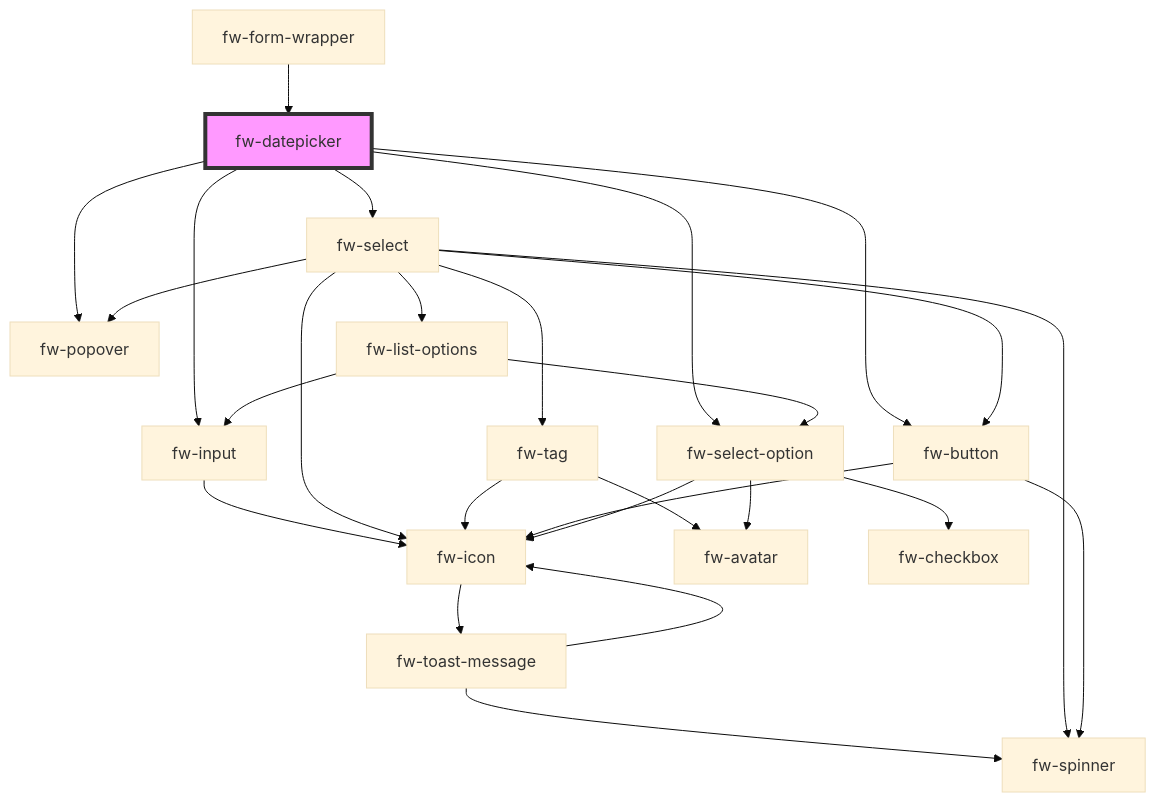
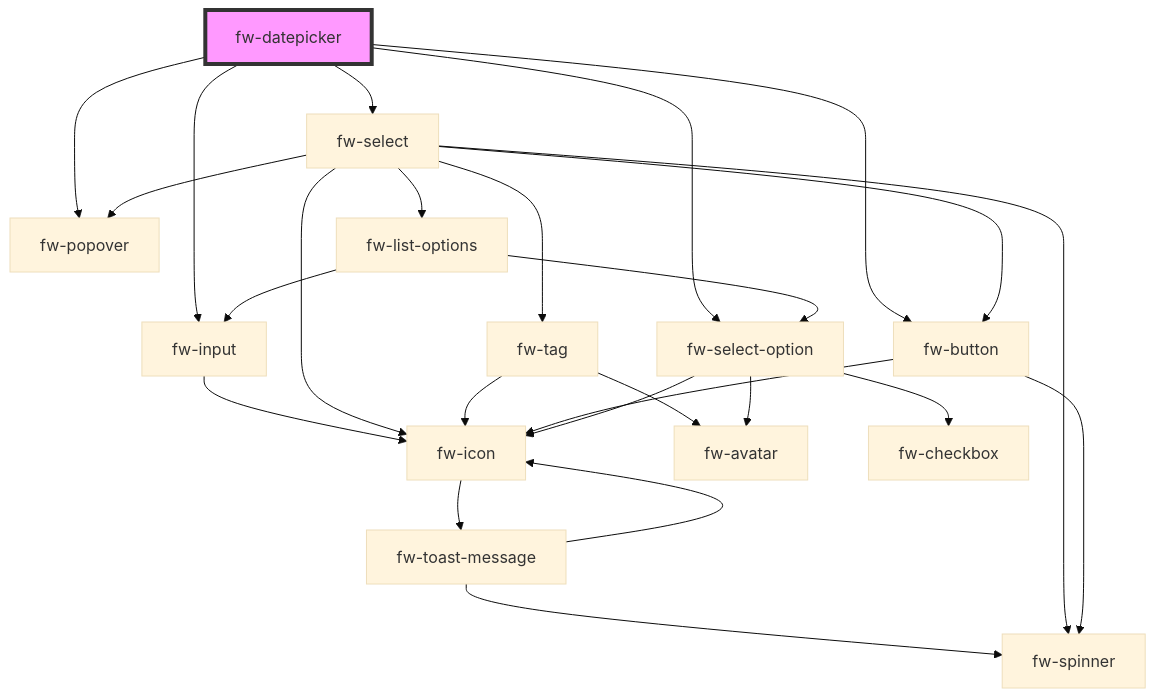
One commit to freshworks/crayons changed the diagram in packages/crayons-core/src/components/datepicker/readme.md. Above: the diagram before and after it, drawn with Mermaid (base theme). The commit also changed other lines of this file and 16 other files, not shown here.

````diff
--- a/packages/crayons-core/src/components/datepicker/readme.md
+++ b/packages/crayons-core/src/components/datepicker/readme.md
@@ -114,29 +110,28 @@
 ```mermaid
 graph TD;
   fw-datepicker --> fw-popover
   fw-datepicker --> fw-input
   fw-datepicker --> fw-select
   fw-datepicker --> fw-select-option
   fw-datepicker --> fw-button
   fw-input --> fw-icon
   fw-icon --> fw-toast-message
   fw-toast-message --> fw-spinner
   fw-toast-message --> fw-icon
   fw-select --> fw-tag
   fw-select --> fw-popover
   fw-select --> fw-button
   fw-select --> fw-spinner
   fw-select --> fw-icon
   fw-select --> fw-list-options
   fw-tag --> fw-avatar
   fw-tag --> fw-icon
   fw-button --> fw-spinner
   fw-button --> fw-icon
   fw-list-options --> fw-select-option
   fw-list-options --> fw-input
   fw-select-option --> fw-icon
   fw-select-option --> fw-checkbox
   fw-select-option --> fw-avatar
-  fw-form-wrapper --> fw-datepicker
   style fw-datepicker fill:#f9f,stroke:#333,stroke-width:4px
 ```
````
